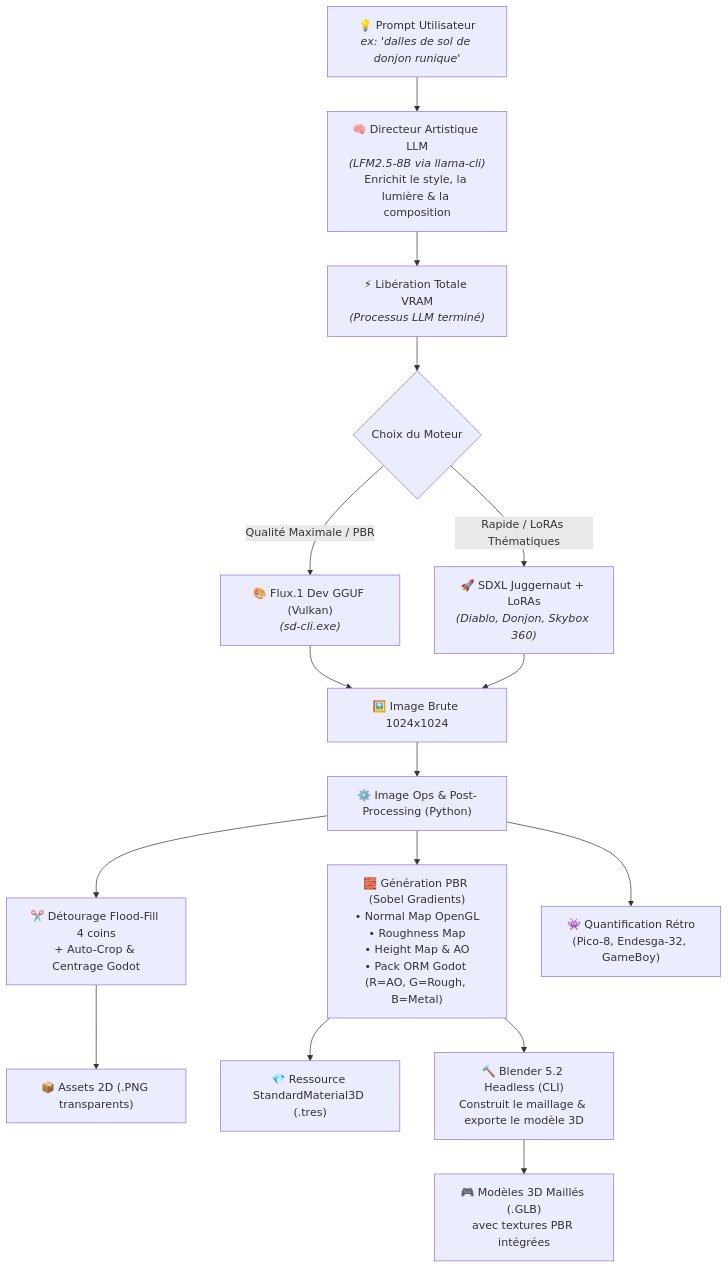
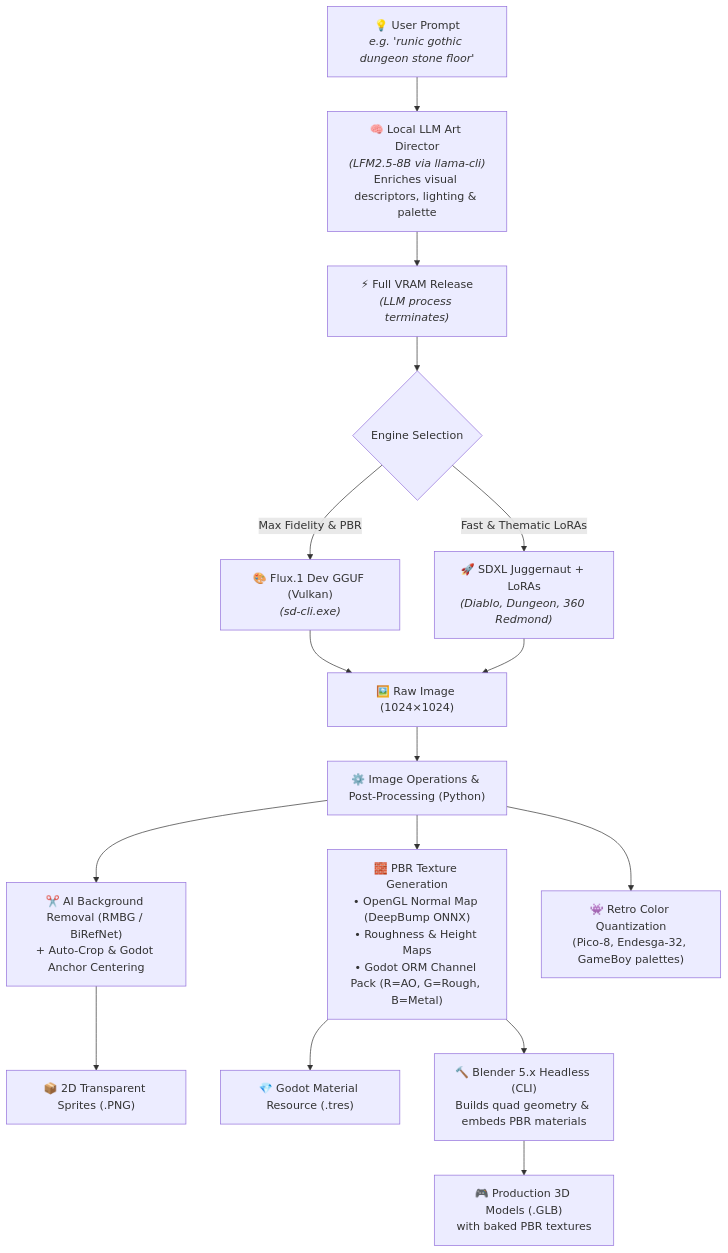
One commit to laurentvv/generator-assets changed the first of 2 diagrams in README.md. Above: the diagram before and after it, drawn with Mermaid. The commit also changed other lines of this file and 2 other files, not shown here.

Commit message:
docs: upgrade README with English GitHub Pro standard and header banner

````diff
--- a/README.md
+++ b/README.md
@@ -36,26 +72,26 @@
 ```mermaid
 flowchart TD
-    UserPrompt["💡 Prompt Utilisateur<br><i>ex: 'dalles de sol de donjon runique'</i>"] --> LLM["🧠 Directeur Artistique LLM<br><i>(LFM2.5-8B via llama-cli)</i><br>Enrichit le style, la lumière & la composition"]
+    UserPrompt["💡 User Prompt<br><i>e.g. 'runic gothic dungeon stone floor'</i>"] --> LLM["🧠 Local LLM Art Director<br><i>(LFM2.5-8B via llama-cli)</i><br>Enriches visual descriptors, lighting & palette"]
     
-    LLM --> VRAM_Free["⚡ Libération Totale VRAM<br><i>(Processus LLM terminé)</i>"]
+    LLM --> VRAM_Free["⚡ Full VRAM Release<br><i>(LLM process terminates)</i>"]
     
-    VRAM_Free --> EngineSelect{Choix du Moteur}
+    VRAM_Free --> EngineSelect{Engine Selection}
     
-    EngineSelect -->|Qualité Maximale / PBR| Flux["🎨 Flux.1 Dev GGUF (Vulkan)<br><i>(sd-cli.exe)</i>"]
-    EngineSelect -->|Rapide / LoRAs Thématiques| SDXL["🚀 SDXL Juggernaut + LoRAs<br><i>(Diablo, Donjon, Skybox 360)</i>"]
+    EngineSelect -->|Max Fidelity & PBR| Flux["🎨 Flux.1 Dev GGUF (Vulkan)<br><i>(sd-cli.exe)</i>"]
+    EngineSelect -->|Fast & Thematic LoRAs| SDXL["🚀 SDXL Juggernaut + LoRAs<br><i>(Diablo, Dungeon, 360 Redmond)</i>"]
     
-    Flux --> ImgOut["🖼️ Image Brute 1024x1024"]
+    Flux --> ImgOut["🖼️ Raw Image (1024×1024)"]
     SDXL --> ImgOut
     
-    ImgOut --> ImageOps["⚙️ Image Ops & Post-Processing (Python)"]
+    ImgOut --> ImageOps["⚙️ Image Operations & Post-Processing (Python)"]
     
-    ImageOps --> Mode2D["✂️ Détourage Flood-Fill 4 coins<br>+ Auto-Crop & Centrage Godot"]
-    ImageOps --> ModePBR["🧱 Génération PBR (Sobel Gradients)<br>• Normal Map OpenGL<br>• Roughness Map<br>• Height Map & AO<br>• Pack ORM Godot (R=AO, G=Rough, B=Metal)"]
-    ImageOps --> ModePixel["👾 Quantification Rétro<br>(Pico-8, Endesga-32, GameBoy)"]
+    ImageOps --> Mode2D["✂️ AI Background Removal (RMBG / BiRefNet)<br>+ Auto-Crop & Godot Anchor Centering"]
+    ImageOps --> ModePBR["🧱 PBR Texture Generation<br>• OpenGL Normal Map (DeepBump ONNX)<br>• Roughness & Height Maps<br>• Godot ORM Channel Pack (R=AO, G=Rough, B=Metal)"]
+    ImageOps --> ModePixel["👾 Retro Color Quantization<br>(Pico-8, Endesga-32, GameBoy palettes)"]
     
-    Mode2D --> Godot2D["📦 Assets 2D (.PNG transparents)"]
-    ModePBR --> GodotTres["💎 Ressource StandardMaterial3D (.tres)"]
-    ModePBR --> Blender["🔨 Blender 5.2 Headless (CLI)<br>Construit le maillage & exporte le modèle 3D"]
+    Mode2D --> Godot2D["📦 2D Transparent Sprites (.PNG)"]
+    ModePBR --> GodotTres["💎 Godot Material Resource (.tres)"]
+    ModePBR --> Blender["🔨 Blender 5.x Headless (CLI)<br>Builds quad geometry & embeds PBR materials"]
     
-    Blender --> GodotGLB["🎮 Modèles 3D Maillés (.GLB)<br>avec textures PBR intégrées"]
+    Blender --> GodotGLB["🎮 Production 3D Models (.GLB)<br>with baked PBR textures"]
 ```
````
